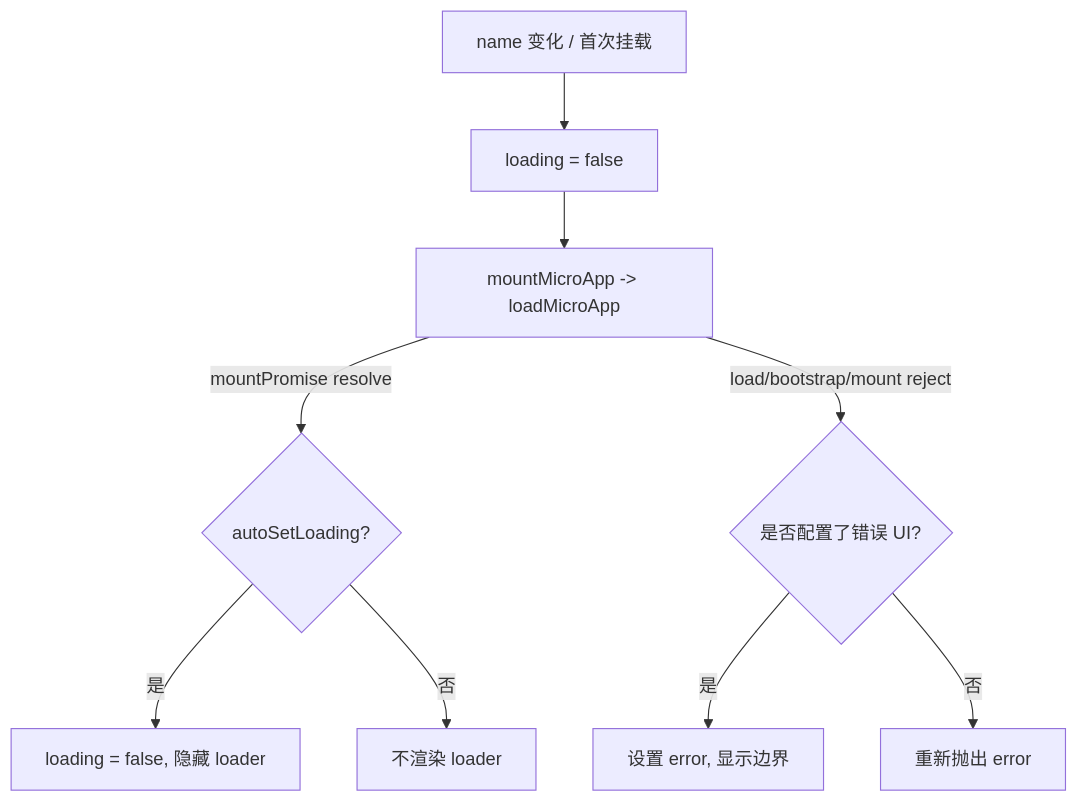
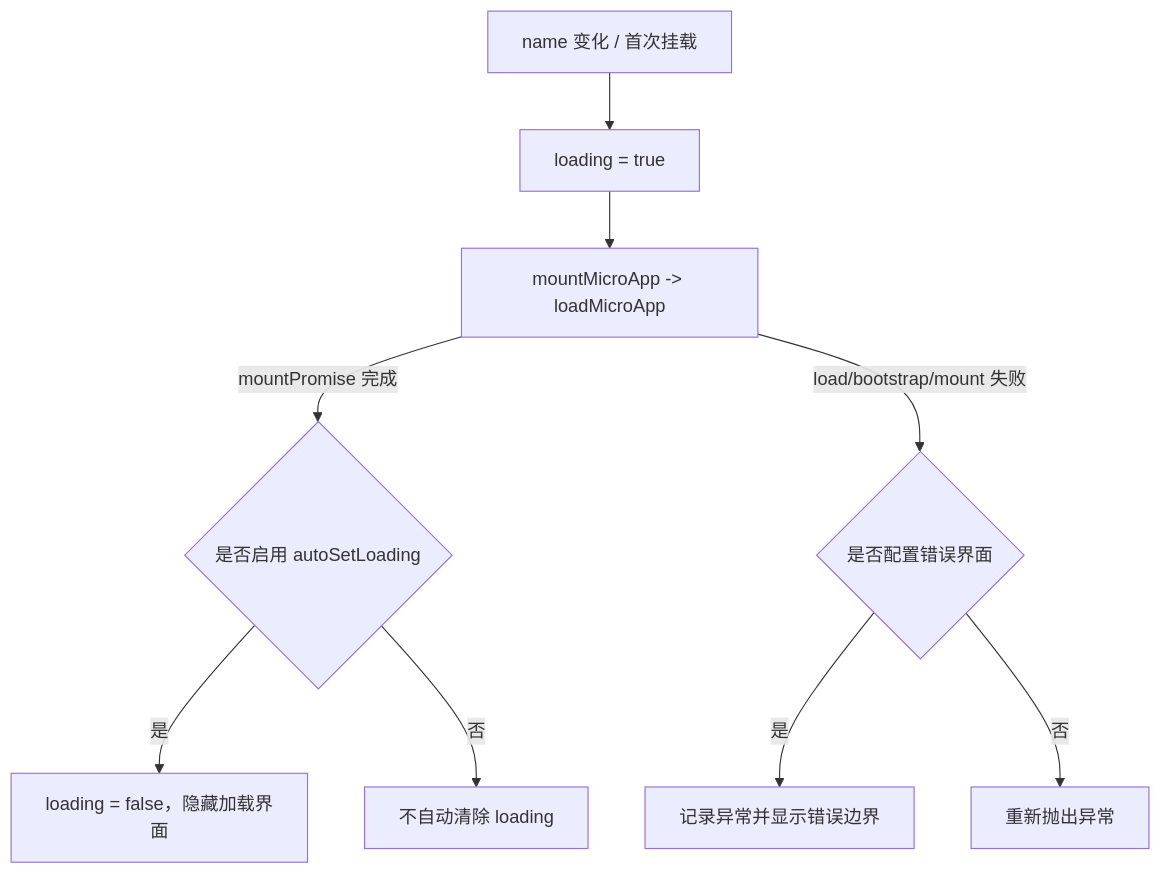
Before and after one commit to umijs/qiankun: the diagram in docs/zh-CN/ecosystem/vue.md, drawn with Mermaid. The commit also changed other lines of this file and 66 other files, not shown here.

````diff
--- a/docs/zh-CN/ecosystem/vue.md
+++ b/docs/zh-CN/ecosystem/vue.md
@@ -109,11 +109,11 @@
 ```mermaid
 flowchart TD
-  A[name 变化 / 首次挂载] --> B[loading = false]
+  A[name 变化 / 首次挂载] --> B[loading = true]
   B --> C[mountMicroApp -> loadMicroApp]
-  C -->|mountPromise resolve| D{autoSetLoading?}
-  D -->|是| E[loading = false, 隐藏 loader]
-  D -->|否| F[不渲染 loader]
-  C -->|load/bootstrap/mount reject| G{是否配置了错误 UI?}
-  G -->|是| H[设置 error, 显示边界]
-  G -->|否| I[重新抛出 error]
+  C -->|mountPromise 完成| D{是否启用 autoSetLoading}
+  D -->|是| E[loading = false，隐藏加载界面]
+  D -->|否| F[不自动清除 loading]
+  C -->|load/bootstrap/mount 失败| G{是否配置错误界面}
+  G -->|是| H[记录异常并显示错误边界]
+  G -->|否| I[重新抛出异常]
 ```
````
